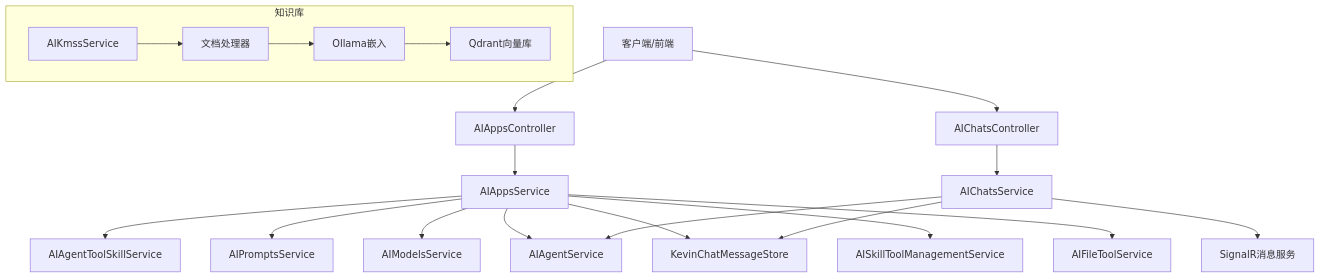
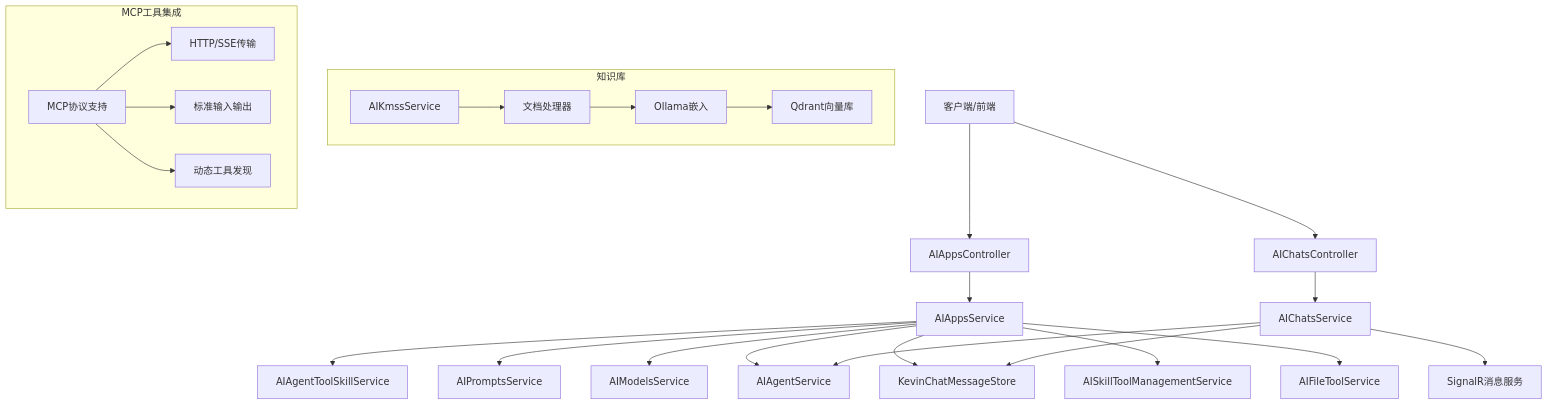
The first of 11 diagrams in .qoder/repowiki/zh/content/核心模块/AI智能助手/AI智能助手.md (junkai-li/NetCoreKevin), drawn with Mermaid before and after one commit. The commit also changed other lines of this file and 41 other files, not shown here.

````diff
--- a/.qoder/repowiki/zh/content/核心模块/AI智能助手/AI智能助手.md
+++ b/.qoder/repowiki/zh/content/核心模块/AI智能助手/AI智能助手.md
@@ -52,22 +57,27 @@
 ```mermaid
 graph TB
 Client["客户端/前端"] --> CtrApps["AIAppsController"]
 Client --> CtrChats["AIChatsController"]
 CtrApps --> SvcApps["AIAppsService"]
 CtrChats --> SvcChats["AIChatsService"]
 SvcApps --> SvcTools["AIAgentToolSkillService"]
 SvcApps --> SvcPrompts["AIPromptsService"]
 SvcApps --> SvcModels["AIModelsService"]
 SvcApps --> AgentSvc["AIAgentService"]
 SvcChats --> AgentSvc
 SvcApps --> Store["KevinChatMessageStore"]
 SvcChats --> Store
 SvcApps --> SkillMgr["AISkillToolManagementService"]
 SvcChats --> SignalR["SignalR消息服务"]
 SvcApps --> FileSvc["AIFileToolService"]
 subgraph "知识库"
 SvcKms["AIKmssService"] --> DocProc["文档处理器"]
 DocProc --> Embed["Ollama嵌入"]
 Embed --> Qdrant["Qdrant向量库"]
 end
+subgraph "MCP工具集成"
+MCP["MCP协议支持"] --> HTTP["HTTP/SSE传输"]
+MCP --> Stdio["标准输入输出"]
+MCP --> Tools["动态工具发现"]
+end
 ```
````
